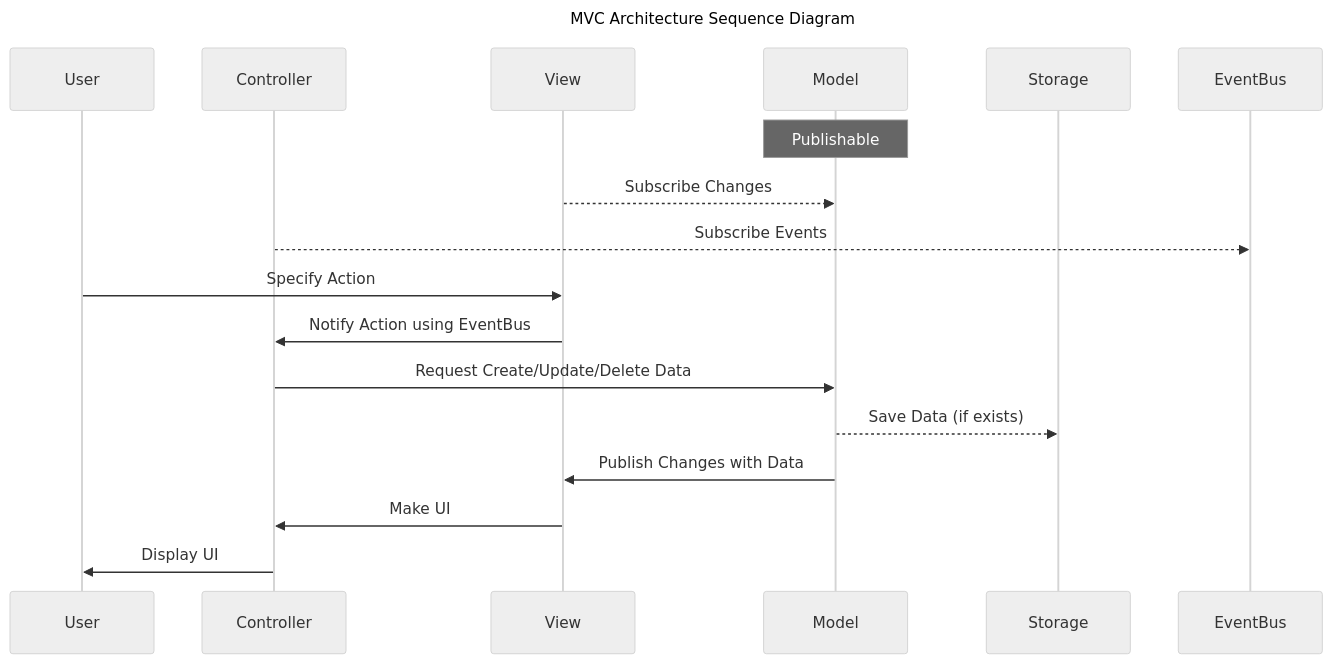
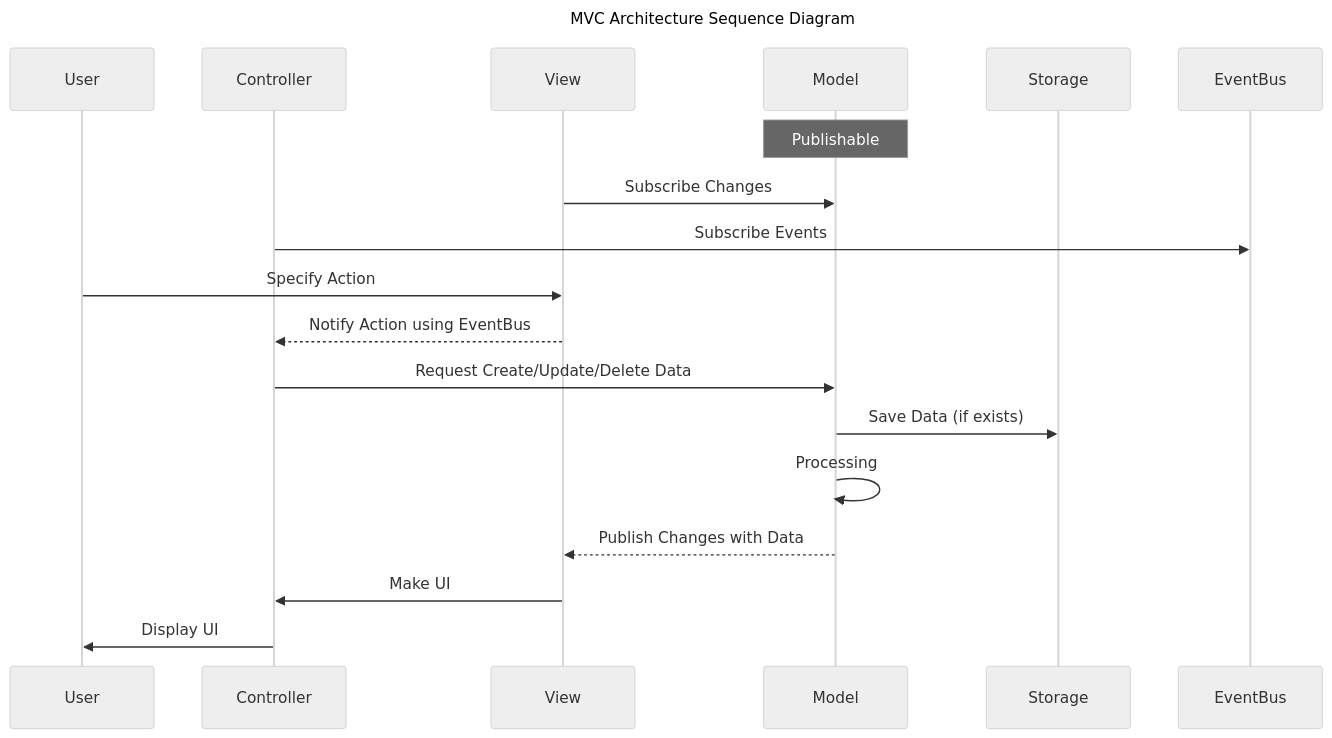
Before and after one commit to nbcamp/to-do-list: the second of 2 diagrams in README.md, drawn with Mermaid (neutral theme). The commit also changed other lines of this file, not shown here.

````diff
--- a/README.md
+++ b/README.md
@@ -112,25 +162,26 @@
 ```mermaid
 ---
 title: MVC Architecture Sequence Diagram
 ---
 sequenceDiagram
 
 participant User
 participant Controller
 participant View
 participant Model
 participant Storage
 participant EventBus
 
 Note over Model: Publishable
 
-View-->>Model: Subscribe Changes
-Controller-->>EventBus: Subscribe Events
+View->>Model: Subscribe Changes
+Controller->>EventBus: Subscribe Events
 User->>View: Specify Action
-View->>Controller: Notify Action using EventBus
+View-->>Controller: Notify Action using EventBus
 Controller->>Model: Request Create/Update/Delete Data
-Model-->>Storage: Save Data (if exists)
-Model->>View: Publish Changes with Data
+Model->>Storage: Save Data (if exists)
+Model->>Model: Processing
+Model-->>View: Publish Changes with Data
 View->>Controller: Make UI
 Controller->>User: Display UI
 ```
````
